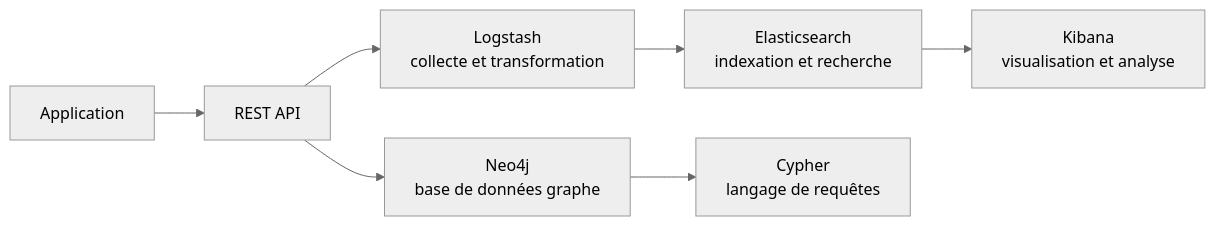
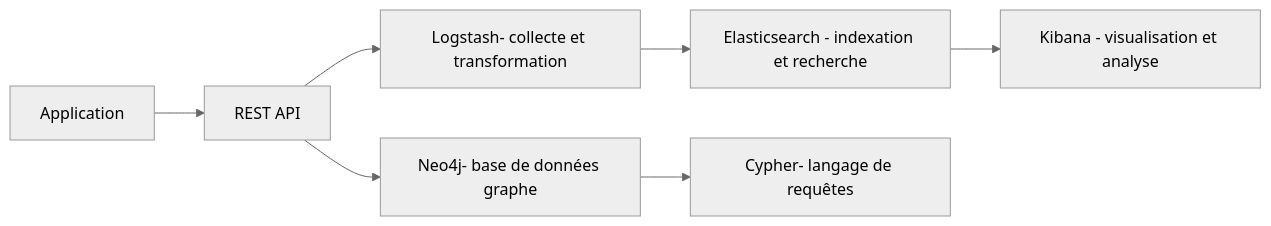
One commit to haythem-rehouma/Elastic-Search changed the second of 2 diagrams in 02-architecture-pipeline-elk-stack-neo4j.md. Above: the diagram before and after it, drawn with Mermaid (neutral theme). The commit also changed other lines of this file, not shown here.

````diff
--- a/02-architecture-pipeline-elk-stack-neo4j.md
+++ b/02-architecture-pipeline-elk-stack-neo4j.md
@@ -139,9 +97,9 @@
 ```mermaid
 flowchart LR
   A["Application"] --> B["REST API"]
-  B --> C["Logstash\ncollecte et transformation"]
-  C --> E["Elasticsearch\nindexation et recherche"]
-  E --> K["Kibana\nvisualisation et analyse"]
-  B --> N["Neo4j\nbase de données graphe"]
-  N --> CY["Cypher\nlangage de requêtes"]
+  B --> C["Logstash- collecte et transformation"]
+  C --> E["Elasticsearch - indexation et recherche"]
+  E --> K["Kibana - visualisation et analyse"]
+  B --> N["Neo4j- base de données graphe"]
+  N --> CY["Cypher- langage de requêtes"]
 ```
````
